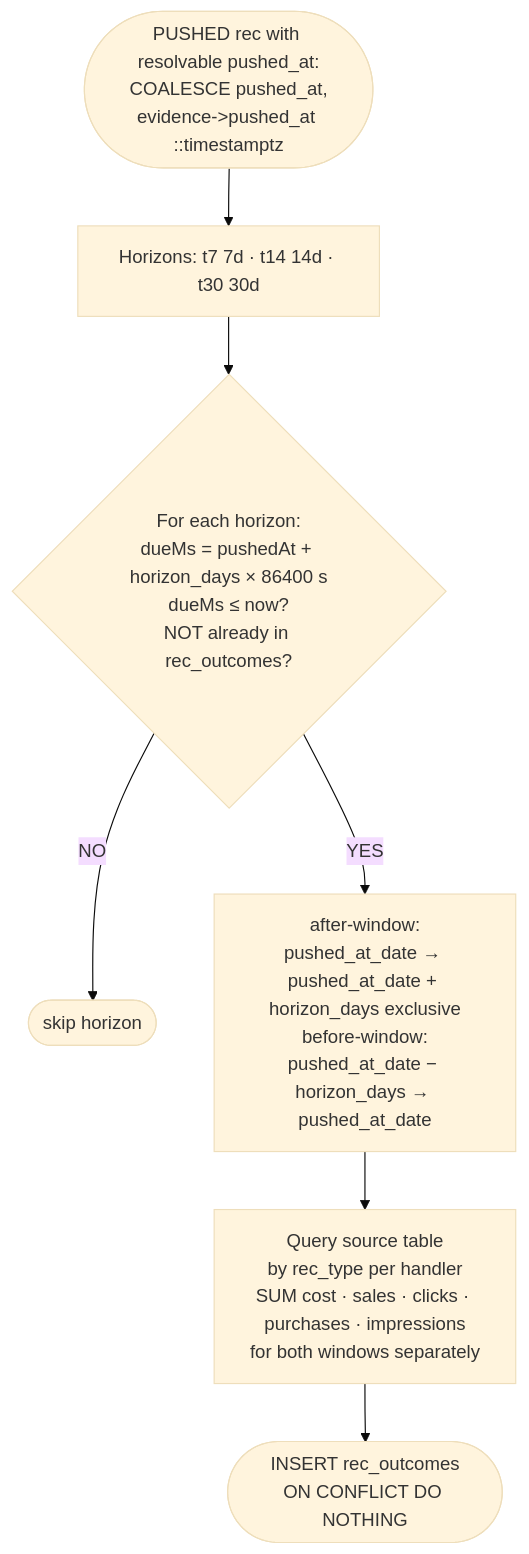
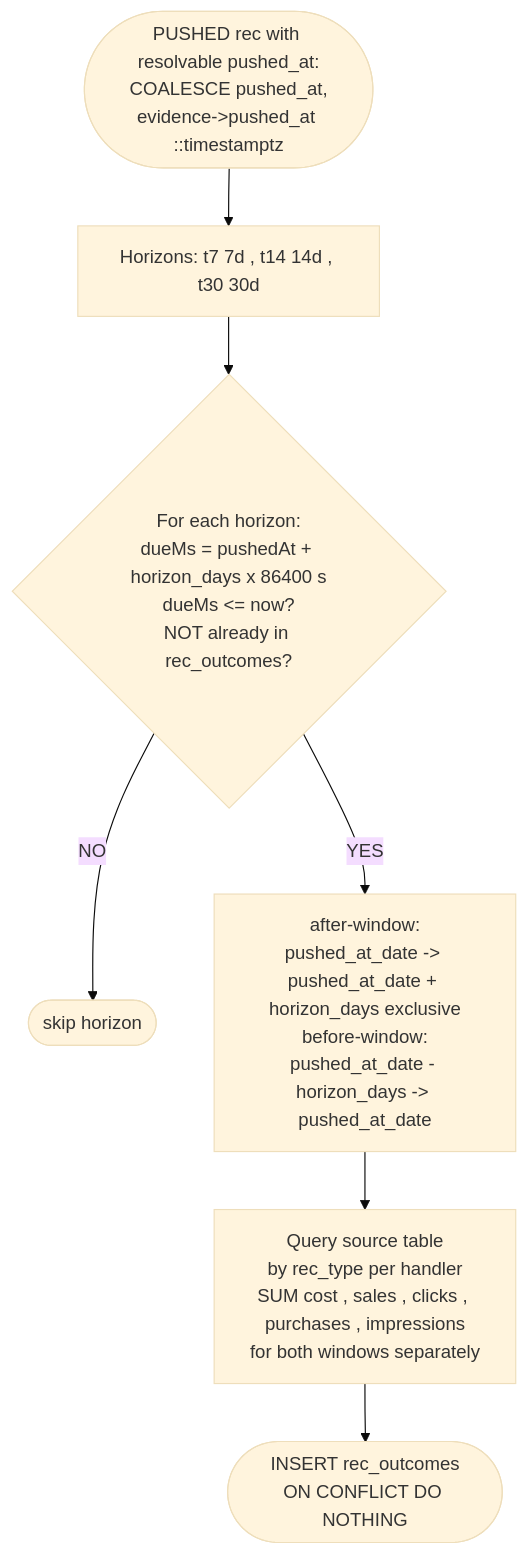
The sixth of 9 diagrams in docs/doctrine.md (ChristianHultner/cdl-ads), drawn with Mermaid (base theme) before and after one commit. The commit also changed other lines of this file and 1 other file, not shown here.

Commit message:
engine page: mermaid label repair + doctrine date

````diff
--- a/docs/doctrine.md
+++ b/docs/doctrine.md
@@ -232,9 +234,9 @@
 ```mermaid
 flowchart TD
-    A([PUSHED rec with resolvable pushed_at:\nCOALESCE pushed_at,\nevidence->pushed_at ::timestamptz]) --> B[Horizons: t7 7d · t14 14d · t30 30d]
-    B --> C{For each horizon:\ndueMs = pushedAt + horizon_days × 86400 s\ndueMs ≤ now?\nNOT already in rec_outcomes?}
+    A([PUSHED rec with resolvable pushed_at:\nCOALESCE pushed_at,\nevidence->pushed_at ::timestamptz]) --> B[Horizons: t7 7d , t14 14d , t30 30d]
+    B --> C{For each horizon:\ndueMs = pushedAt + horizon_days x 86400 s\ndueMs <= now?\nNOT already in rec_outcomes?}
     C -- NO --> SKIP([skip horizon])
-    C -- YES --> D[after-window:\npushed_at_date → pushed_at_date + horizon_days exclusive\nbefore-window:\npushed_at_date − horizon_days → pushed_at_date]
-    D --> E[Query source table\nby rec_type per handler\nSUM cost · sales · clicks · purchases · impressions\nfor both windows separately]
+    C -- YES --> D[after-window:\npushed_at_date -> pushed_at_date + horizon_days exclusive\nbefore-window:\npushed_at_date - horizon_days -> pushed_at_date]
+    D --> E[Query source table\nby rec_type per handler\nSUM cost , sales , clicks , purchases , impressions\nfor both windows separately]
     E --> F([INSERT rec_outcomes\nON CONFLICT DO NOTHING])
 ```
````
